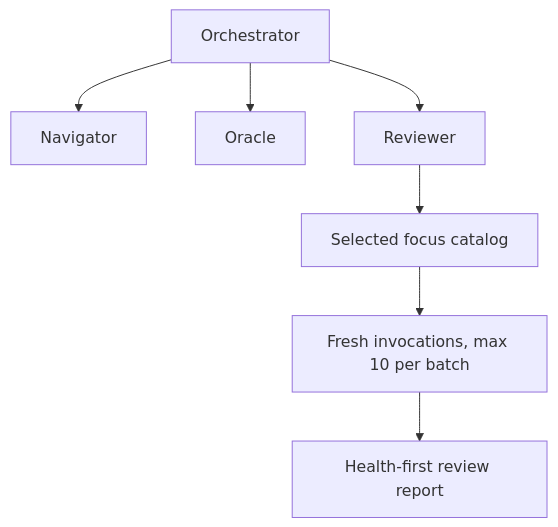
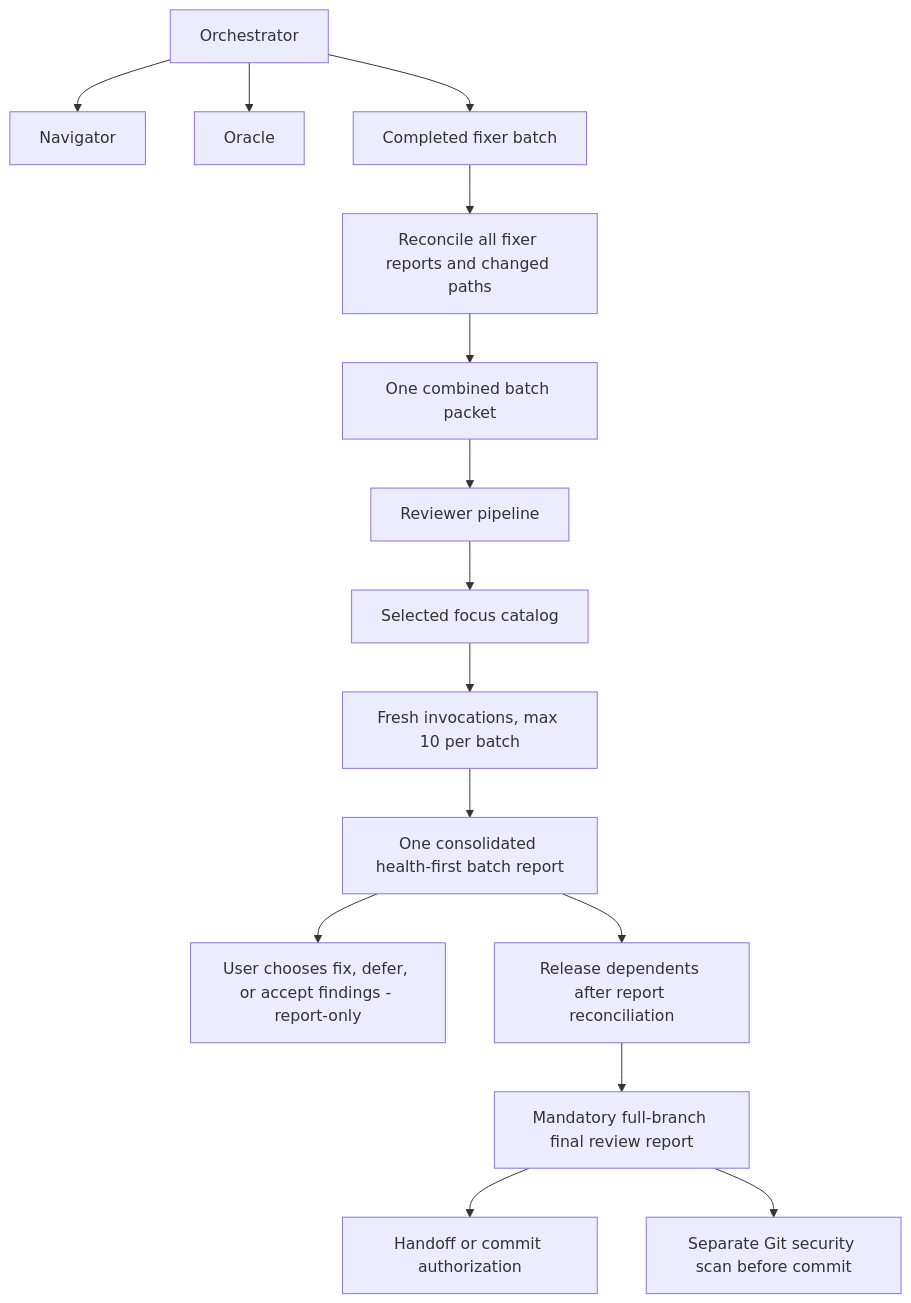
The diagram in docs/graphs/dispatch-and-review.mmd (guilhermemmb/ai-rules), drawn with Mermaid before and after one commit. The commit also changed 12 other files, not shown here.

Commit message:
fix(review): reduce reviewer pipeline trigger frequency

```diff
--- a/docs/graphs/dispatch-and-review.mmd
+++ b/docs/graphs/dispatch-and-review.mmd
@@ -1,7 +1,15 @@
 flowchart TD
     ORCH[Orchestrator] --> NAV[Navigator]
     ORCH --> ORACLE[Oracle]
-    ORCH --> REVIEWER[Reviewer]
+    ORCH --> FIXERS[Completed fixer batch]
+    FIXERS --> RECONCILE[Reconcile all fixer reports and changed paths]
+    RECONCILE --> PACKET[One combined batch packet]
+    PACKET --> REVIEWER[Reviewer pipeline]
     REVIEWER --> FOCUSES[Selected focus catalog]
     FOCUSES --> INVOCATIONS[Fresh invocations, max 10 per batch]
-    INVOCATIONS --> REPORT[Health-first review report]
+    INVOCATIONS --> REPORT[One consolidated health-first batch report]
+    REPORT --> USER[User chooses fix, defer, or accept findings - report-only]
+    REPORT --> DEPENDENTS[Release dependents after report reconciliation]
+    DEPENDENTS --> FINAL[Mandatory full-branch final review report]
+    FINAL --> HANDOFF[Handoff or commit authorization]
+    FINAL --> SECURITY[Separate Git security scan before commit]
```
